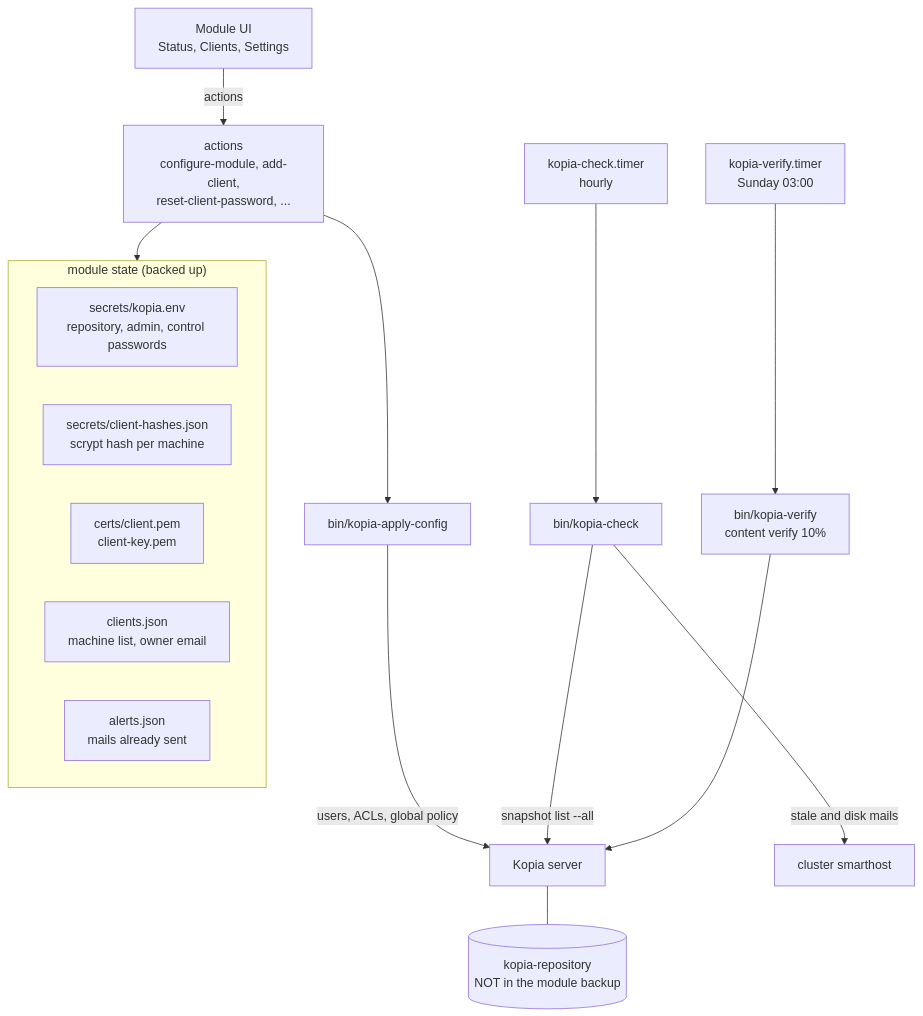
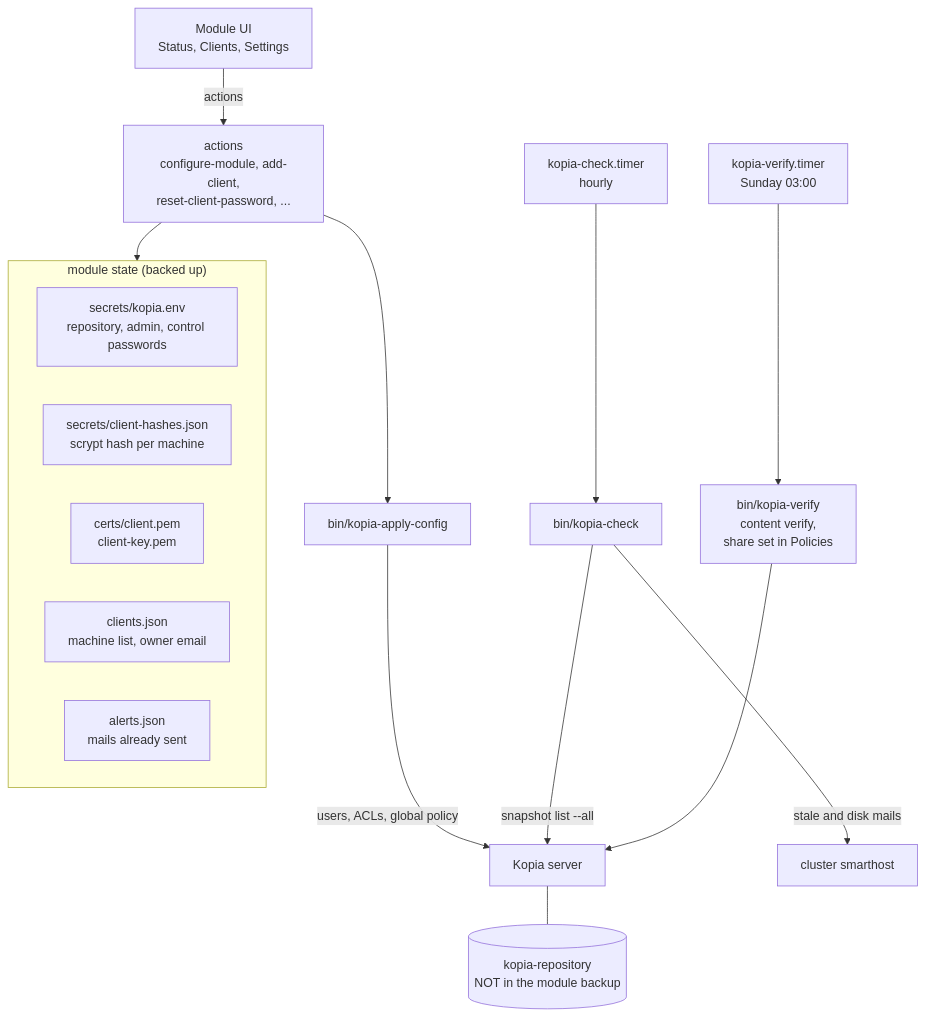
Before and after one commit to stephdl/ns8-kopia: the second of 3 diagrams in README.md, drawn with Mermaid. The commit also changed other lines of this file and 11 other files, not shown here.

````diff
--- a/README.md
+++ b/README.md
@@ -53,20 +53,20 @@
 ```mermaid
 flowchart TB
     UI["Module UI<br/>Status, Clients, Settings"] -- actions --> ACT
     subgraph State["module state (backed up)"]
         S1["secrets/kopia.env<br/>repository, admin, control passwords"]
         S2["secrets/client-hashes.json<br/>scrypt hash per machine"]
         S3["certs/client.pem<br/>client-key.pem"]
         S4["clients.json<br/>machine list, owner email"]
         S5["alerts.json<br/>mails already sent"]
     end
     ACT["actions<br/>configure-module, add-client,<br/>reset-client-password, ..."] --> State
     ACT --> APPLY["bin/kopia-apply-config"]
     APPLY -- "users, ACLs, global policy" --> K[Kopia server]
     T1["kopia-check.timer<br/>hourly"] --> CHECK["bin/kopia-check"]
     CHECK -- "snapshot list --all" --> K
     CHECK -- "stale and disk mails" --> SMTP["cluster smarthost"]
-    T2["kopia-verify.timer<br/>Sunday 03:00"] --> VERIFY["bin/kopia-verify<br/>content verify 10%"]
+    T2["kopia-verify.timer<br/>Sunday 03:00"] --> VERIFY["bin/kopia-verify<br/>content verify,<br/>share set in Policies"]
     VERIFY --> K
     K --- REPO[("kopia-repository<br/>NOT in the module backup")]
 ```
````
